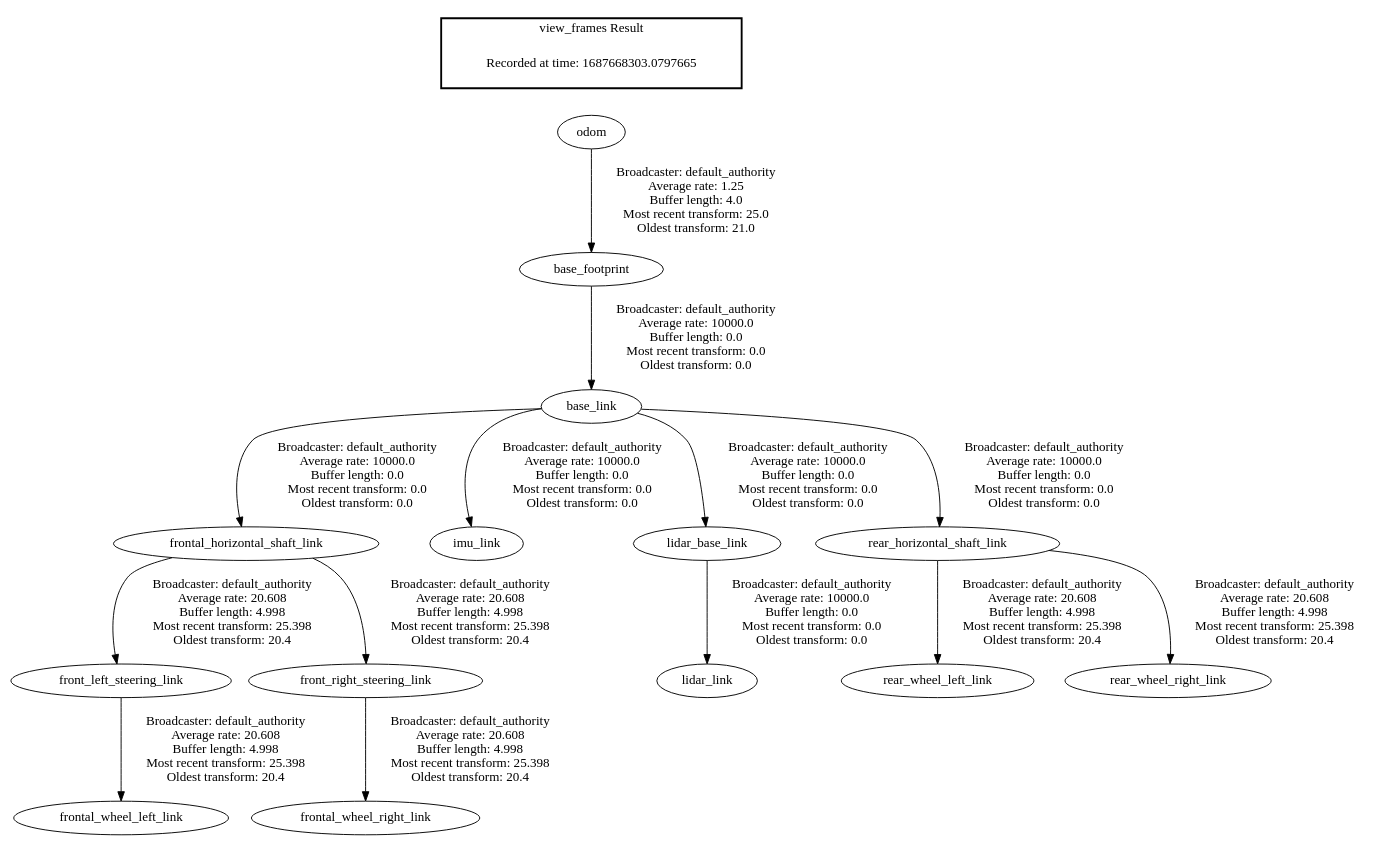
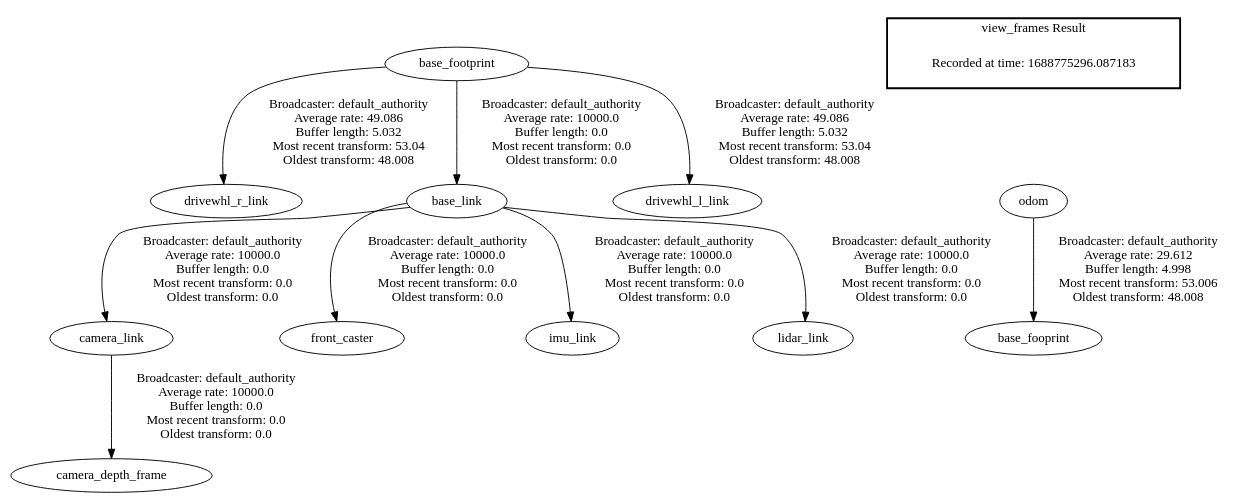
One commit to marcusvinicius178/new_nav2_bringup changed the diagram in nav2_bringup/bringup/urdf/frames.gv. Above: the diagram before and after it, drawn with Graphviz. The commit also changed 95 other files, not shown here.

```diff
--- a/nav2_bringup/bringup/urdf/frames.gv
+++ b/nav2_bringup/bringup/urdf/frames.gv
@@ -1,19 +1,15 @@
 digraph G {
+"base_footprint" -> "drivewhl_r_link"[label=" Broadcaster: default_authority\nAverage rate: 49.086\nBuffer length: 5.032\nMost recent transform: 53.04\nOldest transform: 48.008\n"];
 "base_footprint" -> "base_link"[label=" Broadcaster: default_authority\nAverage rate: 10000.0\nBuffer length: 0.0\nMost recent transform: 0.0\nOldest transform: 0.0\n"];
-"odom" -> "base_footprint"[label=" Broadcaster: default_authority\nAverage rate: 1.25\nBuffer length: 4.0\nMost recent transform: 25.0\nOldest transform: 21.0\n"];
-"base_link" -> "frontal_horizontal_shaft_link"[label=" Broadcaster: default_authority\nAverage rate: 10000.0\nBuffer length: 0.0\nMost recent transform: 0.0\nOldest transform: 0.0\n"];
+"camera_link" -> "camera_depth_frame"[label=" Broadcaster: default_authority\nAverage rate: 10000.0\nBuffer length: 0.0\nMost recent transform: 0.0\nOldest transform: 0.0\n"];
+"base_link" -> "camera_link"[label=" Broadcaster: default_authority\nAverage rate: 10000.0\nBuffer length: 0.0\nMost recent transform: 0.0\nOldest transform: 0.0\n"];
+"base_link" -> "front_caster"[label=" Broadcaster: default_authority\nAverage rate: 10000.0\nBuffer length: 0.0\nMost recent transform: 0.0\nOldest transform: 0.0\n"];
 "base_link" -> "imu_link"[label=" Broadcaster: default_authority\nAverage rate: 10000.0\nBuffer length: 0.0\nMost recent transform: 0.0\nOldest transform: 0.0\n"];
-"base_link" -> "lidar_base_link"[label=" Broadcaster: default_authority\nAverage rate: 10000.0\nBuffer length: 0.0\nMost recent transform: 0.0\nOldest transform: 0.0\n"];
-"lidar_base_link" -> "lidar_link"[label=" Broadcaster: default_authority\nAverage rate: 10000.0\nBuffer length: 0.0\nMost recent transform: 0.0\nOldest transform: 0.0\n"];
-"base_link" -> "rear_horizontal_shaft_link"[label=" Broadcaster: default_authority\nAverage rate: 10000.0\nBuffer length: 0.0\nMost recent transform: 0.0\nOldest transform: 0.0\n"];
-"frontal_horizontal_shaft_link" -> "front_left_steering_link"[label=" Broadcaster: default_authority\nAverage rate: 20.608\nBuffer length: 4.998\nMost recent transform: 25.398\nOldest transform: 20.4\n"];
-"frontal_horizontal_shaft_link" -> "front_right_steering_link"[label=" Broadcaster: default_authority\nAverage rate: 20.608\nBuffer length: 4.998\nMost recent transform: 25.398\nOldest transform: 20.4\n"];
-"front_left_steering_link" -> "frontal_wheel_left_link"[label=" Broadcaster: default_authority\nAverage rate: 20.608\nBuffer length: 4.998\nMost recent transform: 25.398\nOldest transform: 20.4\n"];
-"front_right_steering_link" -> "frontal_wheel_right_link"[label=" Broadcaster: default_authority\nAverage rate: 20.608\nBuffer length: 4.998\nMost recent transform: 25.398\nOldest transform: 20.4\n"];
-"rear_horizontal_shaft_link" -> "rear_wheel_left_link"[label=" Broadcaster: default_authority\nAverage rate: 20.608\nBuffer length: 4.998\nMost recent transform: 25.398\nOldest transform: 20.4\n"];
-"rear_horizontal_shaft_link" -> "rear_wheel_right_link"[label=" Broadcaster: default_authority\nAverage rate: 20.608\nBuffer length: 4.998\nMost recent transform: 25.398\nOldest transform: 20.4\n"];
+"base_link" -> "lidar_link"[label=" Broadcaster: default_authority\nAverage rate: 10000.0\nBuffer length: 0.0\nMost recent transform: 0.0\nOldest transform: 0.0\n"];
+"base_footprint" -> "drivewhl_l_link"[label=" Broadcaster: default_authority\nAverage rate: 49.086\nBuffer length: 5.032\nMost recent transform: 53.04\nOldest transform: 48.008\n"];
+"odom" -> "base_fooprint"[label=" Broadcaster: default_authority\nAverage rate: 29.612\nBuffer length: 4.998\nMost recent transform: 53.006\nOldest transform: 48.008\n"];
 edge [style=invis];
  subgraph cluster_legend { style=bold; color=black; label ="view_frames Result";
-"Recorded at time: 1687668303.0797665"[ shape=plaintext ] ;
+"Recorded at time: 1688775296.087183"[ shape=plaintext ] ;
 }->"odom";
 }
```
